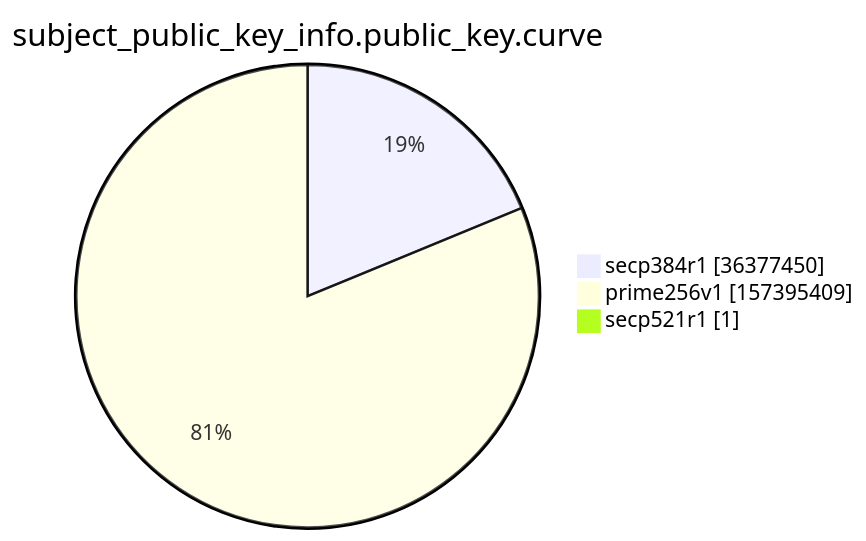
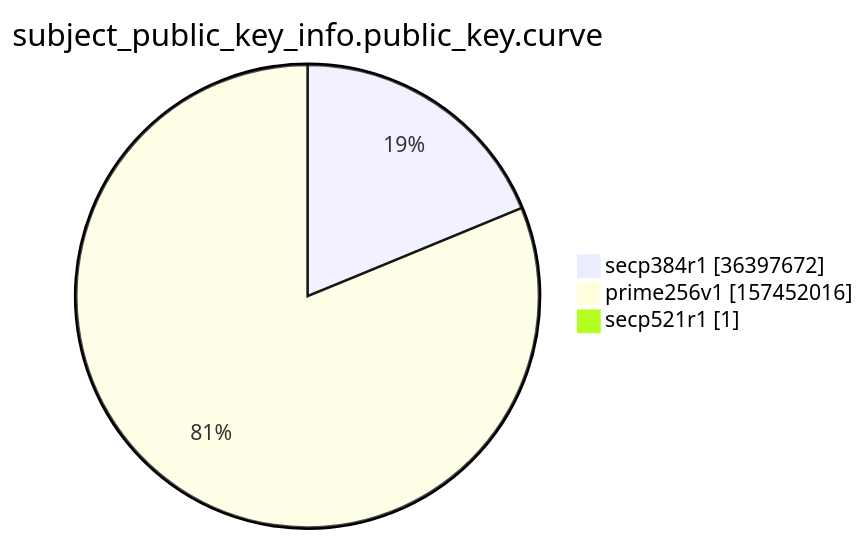
The ninth of 15 diagrams in argon2022/README.md (christiankrug/ctmonitor_visualization), drawn with Mermaid before and after one commit. The commit also changed other lines of this file, not shown here.

````diff
--- a/argon2022/README.md
+++ b/argon2022/README.md
@@ -2766,7 +2766,7 @@
 ```mermaid
 pie showData
 title subject_public_key_info.public_key.curve
-"secp384r1" :36377450
-"prime256v1" :157395409
+"secp384r1" :36397672
+"prime256v1" :157452016
 "secp521r1" :1
 ```
````
